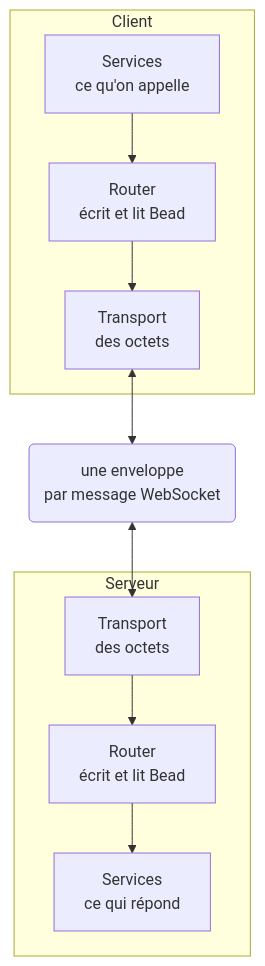
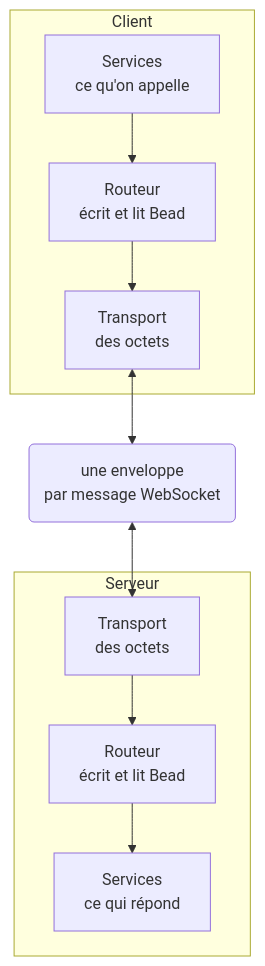
The diagram in site/diagrams/fr/layers.mmd (francisdesjardins/bead), drawn with Mermaid before and after one commit. The commit also changed 14 other files, not shown here.

```diff
--- a/site/diagrams/fr/layers.mmd
+++ b/site/diagrams/fr/layers.mmd
@@ -1,8 +1,8 @@
 flowchart TB
   subgraph client["Client"]
-    s1["Services<br/>ce qu'on appelle"] --> r1["Router<br/>écrit et lit Bead"] --> t1["Transport<br/>des octets"]
+    s1["Services<br/>ce qu'on appelle"] --> r1["Routeur<br/>écrit et lit Bead"] --> t1["Transport<br/>des octets"]
   end
   subgraph server["Serveur"]
-    t2["Transport<br/>des octets"] --> r2["Router<br/>écrit et lit Bead"] --> s2["Services<br/>ce qui répond"]
+    t2["Transport<br/>des octets"] --> r2["Routeur<br/>écrit et lit Bead"] --> s2["Services<br/>ce qui répond"]
   end
   t1 <--> wire("une enveloppe<br/>par message WebSocket") <--> t2
```
